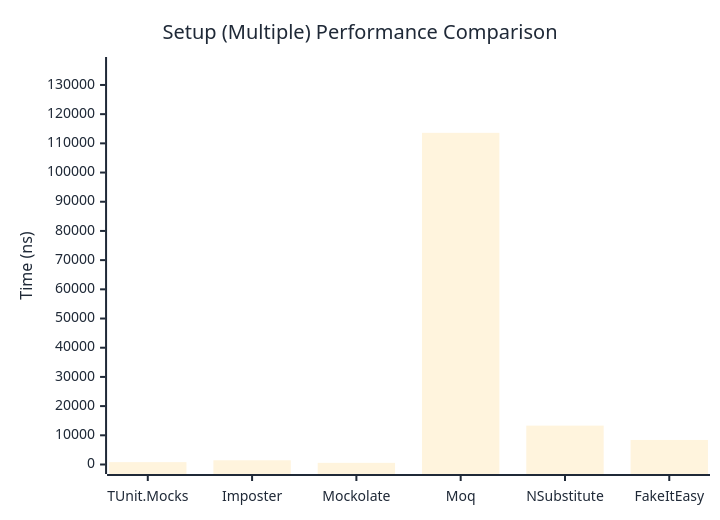
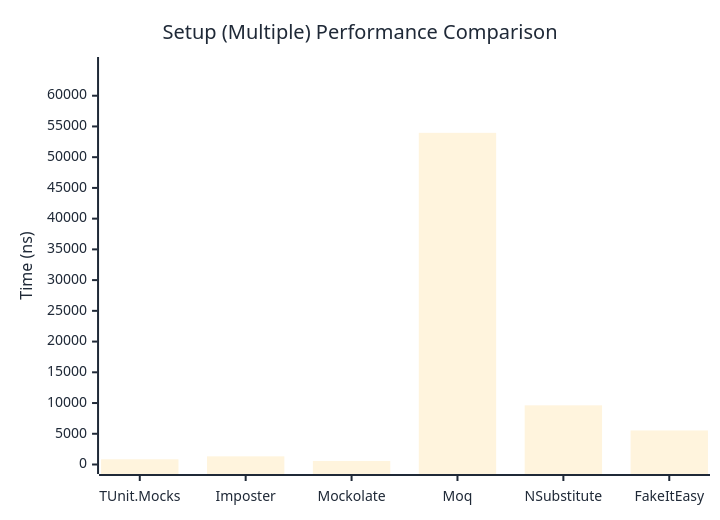
The second of 2 diagrams in docs/docs/benchmarks/mocks/Setup.md (thomhurst/TUnit), drawn with Mermaid before and after one commit. The commit also changed other lines of this file and 14 other files, not shown here.

````diff
--- a/docs/docs/benchmarks/mocks/Setup.md
+++ b/docs/docs/benchmarks/mocks/Setup.md
@@ -71,27 +71,27 @@
 ```mermaid
 %%{init: {
   'theme':'base',
   'themeVariables': {
     'primaryColor': '#2563eb',
     'primaryTextColor': '#1f2937',
     'primaryBorderColor': '#1e40af',
     'lineColor': '#6b7280',
     'secondaryColor': '#7c3aed',
     'tertiaryColor': '#dc2626',
     'background': '#ffffff',
     'pie1': '#2563eb',
     'pie2': '#7c3aed',
     'pie3': '#dc2626',
     'pie4': '#f59e0b',
     'pie5': '#10b981',
     'pie6': '#06b6d4',
     'pie7': '#ec4899',
     'pie8': '#6366f1'
   }
 }}%%
 xychart-beta
   title "Setup (Multiple) Performance Comparison"
   x-axis ["TUnit.Mocks", "Imposter", "Mockolate", "Moq", "NSubstitute", "FakeItEasy"]
-  y-axis "Time (ns)" 0 --> 136323
-  bar [806.7, 1442.5, 561.3, 113601.7, 13317.7, 8404]
+  y-axis "Time (ns)" 0 --> 64753
+  bar [848.5, 1326.7, 576.8, 53960.2, 9627.4, 5541.2]
 ```
````
